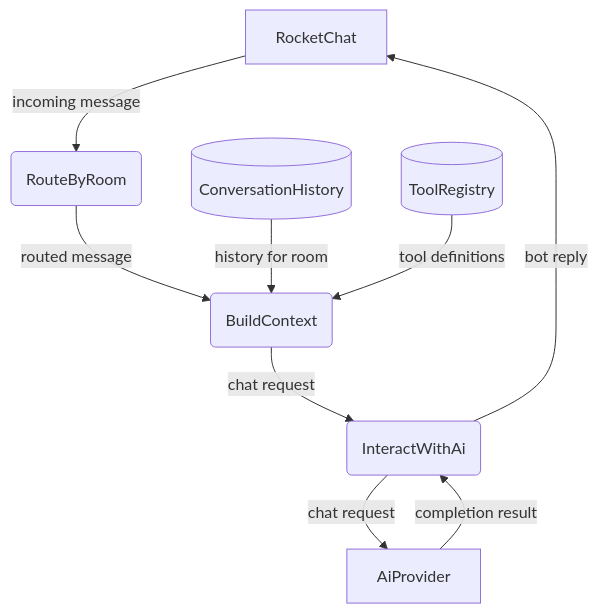
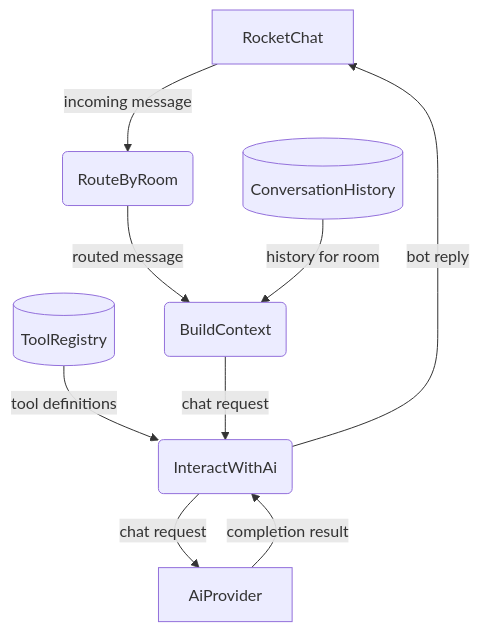
The first of 6 diagrams in _dfds/agent-harness.md (cosmoswafer/rockbot), drawn with Mermaid before and after one commit. The commit also changed other lines of this file and 11 other files, not shown here.

````diff
--- a/_dfds/agent-harness.md
+++ b/_dfds/agent-harness.md
@@ -46,19 +46,19 @@
 ```mermaid
 flowchart TD
     RC[RocketChat]
     ROUTE(RouteByRoom)
     CTX(BuildContext)
     MEM[(ConversationHistory)]
     TOOLS_DEF[(ToolRegistry)]
     INTERACT(InteractWithAi)
     AI[AiProvider]
 
     RC -->|"incoming message"| ROUTE
     ROUTE -->|"routed message"| CTX
     MEM -->|"history for room"| CTX
-    TOOLS_DEF -->|"tool definitions"| CTX
+    TOOLS_DEF -->|"tool definitions"| INTERACT
     CTX -->|"chat request"| INTERACT
     INTERACT -->|"chat request"| AI
     AI -->|"completion result"| INTERACT
     INTERACT -->|"bot reply"| RC
 ```
````
